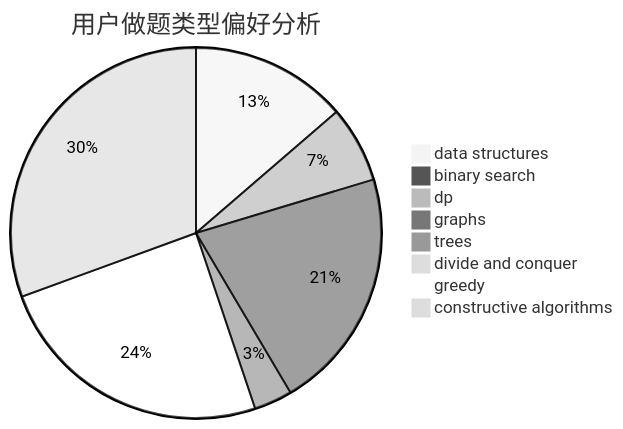
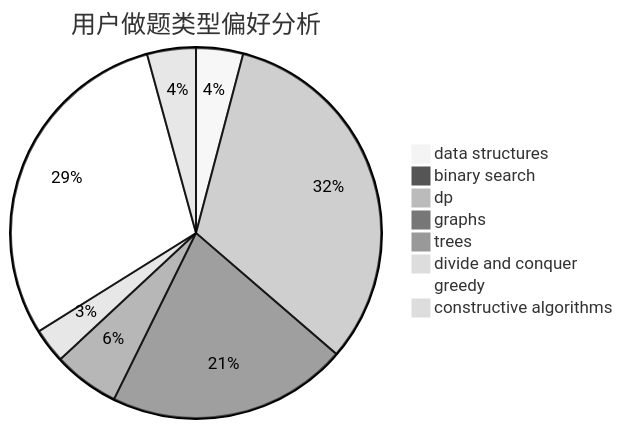
Before and after one commit to sherpahu/cfrs.github.io: the second of 3 diagrams in docs/user/u2535.md, drawn with Mermaid (neutral theme). The commit also changed other lines of this file and 2770 other files, not shown here.

````diff
--- a/docs/user/u2535.md
+++ b/docs/user/u2535.md
@@ -23,11 +23,11 @@
 ```mermaid
 pie title 用户做题类型偏好分析
-    "data structures" :  119
-    "binary search" :  7
-    "dp" :  58
-    "graphs" :  184
-    "trees" :  29
-    "divide and conquer" :  8
-    "greedy" :  214
-    "constructive algorithms" :  266
+    "data structures" :  27
+    "binary search" :  5
+    "dp" :  212
+    "graphs" :  138
+    "trees" :  38
+    "divide and conquer" :  20
+    "greedy" :  195
+    "constructive algorithms" :  28
 ```
````
